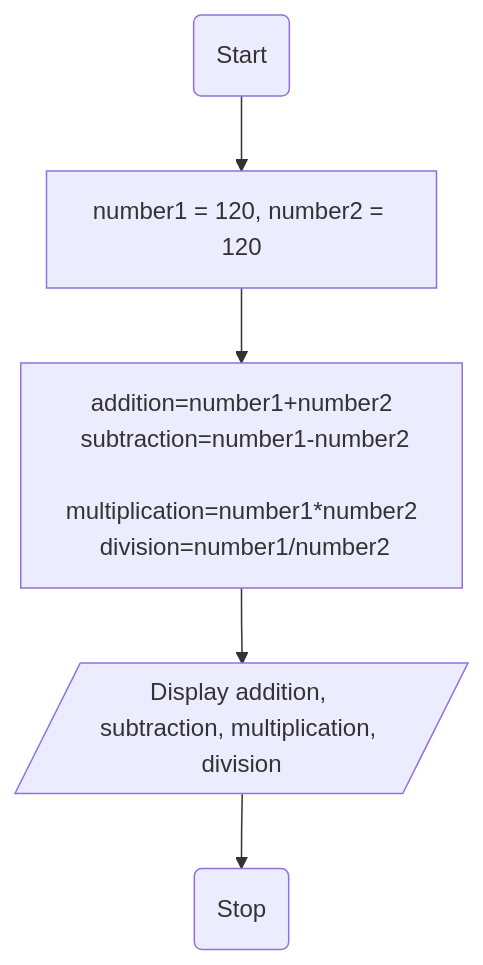
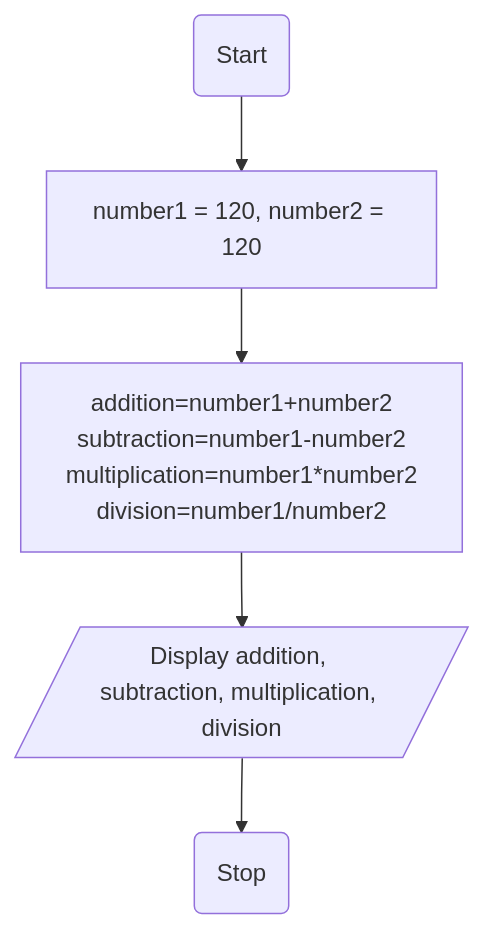
The third of 7 diagrams in README.md (jayani-athukorala/java-fundamentals-exercise), drawn with Mermaid before and after one commit. The commit also changed other lines of this file, not shown here.

Commit message:
flowchaarts for Q7

````diff
--- a/README.md
+++ b/README.md
@@ -99,7 +97,7 @@
 ```mermaid
 flowchart TD
     A(Start) --> B[number1 = 120, number2 = 120]
-    B --> C[addition=number1+number2<br> subtraction=number1-number2<br> multiplication=number1*number2<br> division=number1/number2]
+    B --> C[addition=number1+number2<br>subtraction=number1-number2<br>multiplication=number1*number2<br>division=number1/number2]
     C --> D[/Display addition, subtraction, multiplication, division/]
     D --> E(Stop)
 ```
````
